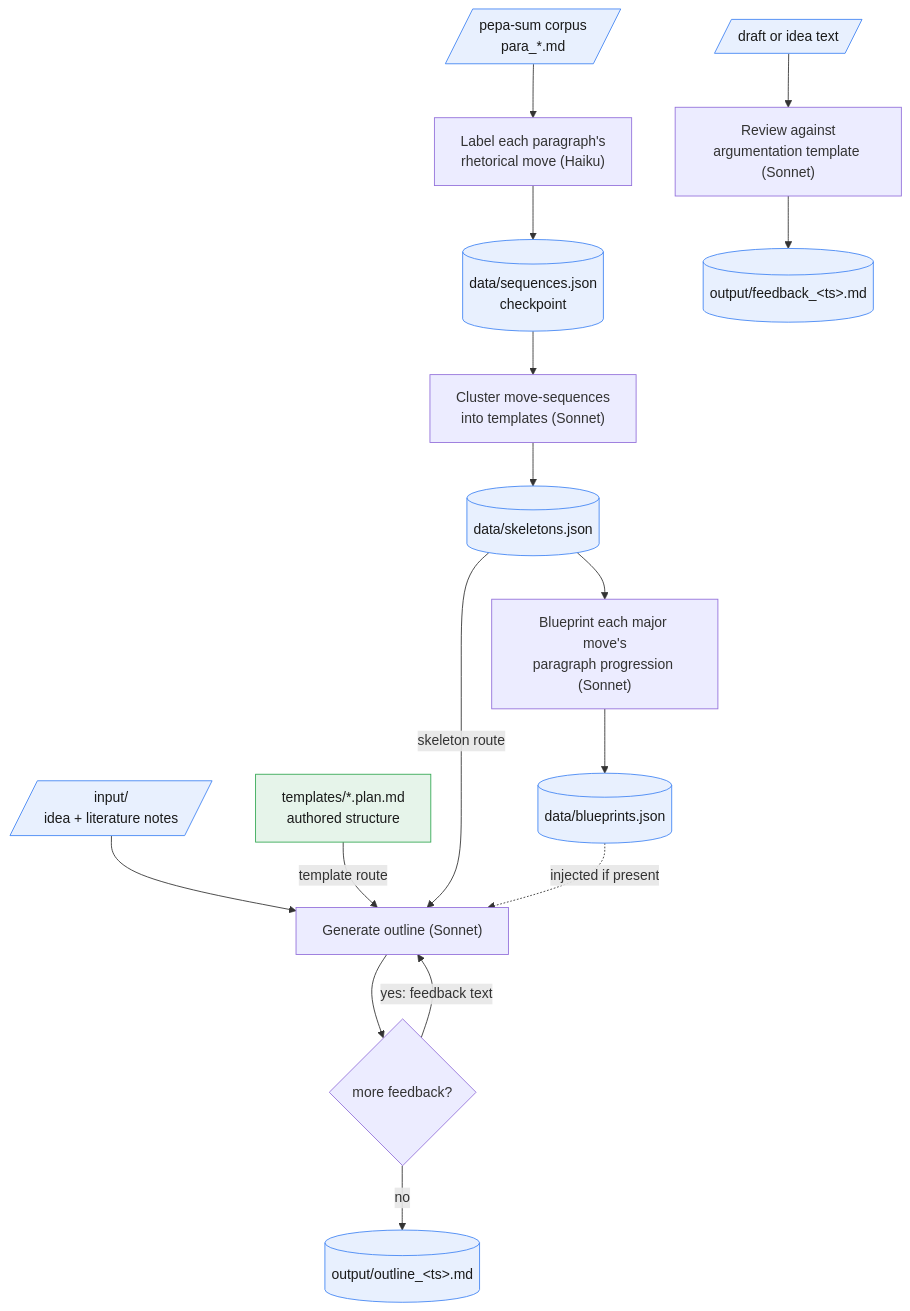
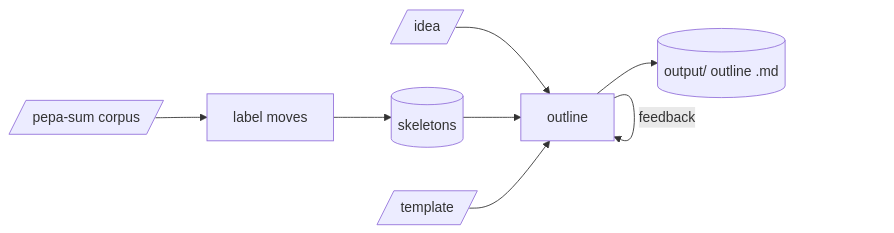
Before and after one commit to mashud37/pepa-workers: the diagram in workers/pepa-plan/README.md, drawn with Mermaid. The commit also changed other lines of this file and 7 other files, not shown here.

````diff
--- a/workers/pepa-plan/README.md
+++ b/workers/pepa-plan/README.md
@@ -7,25 +13,10 @@
 ```mermaid
-flowchart TD
-    CORPUS[/"pepa-sum corpus<br/>para_*.md"/] --> LABEL["Label each paragraph's<br/>rhetorical move (Haiku)"]
-    LABEL --> SEQ[("data/sequences.json<br/>checkpoint")]
-    SEQ --> CLUSTER["Cluster move-sequences<br/>into templates (Sonnet)"]
-    CLUSTER --> SKEL[("data/skeletons.json")]
-    SKEL --> BLUEPRINT["Blueprint each major move's<br/>paragraph progression (Sonnet)"]
-    BLUEPRINT --> BP[("data/blueprints.json")]
-
-    IDEA[/"input/<br/>idea + literature notes"/] --> GEN["Generate outline (Sonnet)"]
-    TPL["templates/*.plan.md<br/>authored structure"] -->|"template route"| GEN
-    SKEL -->|"skeleton route"| GEN
-    BP -.injected if present.-> GEN
-    GEN --> LOOP{"more feedback?"}
-    LOOP -->|"yes: feedback text"| GEN
-    LOOP -->|"no"| OUT[("output/outline_&lt;ts&gt;.md")]
-
-    DRAFT[/"draft or idea text"/] --> REVIEW["Review against<br/>argumentation template (Sonnet)"]
-    REVIEW --> FEED[("output/feedback_&lt;ts&gt;.md")]
-
-    classDef store fill:#e8f0fe,stroke:#4285f4,color:#1a1a1a;
-    classDef route fill:#e6f4ea,stroke:#34a853,color:#1a1a1a;
-    class CORPUS,IDEA,DRAFT,SEQ,SKEL,BP,OUT,FEED store;
-    class TPL route;
+flowchart LR
+    CORPUS[/"pepa-sum corpus"/] --> LABEL["label moves"]
+    LABEL --> SKEL[("skeletons")]
+    IDEA[/"idea"/] --> GEN["outline"]
+    SKEL --> GEN
+    TPL[/"template"/] --> GEN
+    GEN -->|"feedback"| GEN
+    GEN --> OUT[("output/ outline .md")]
 ```
````
